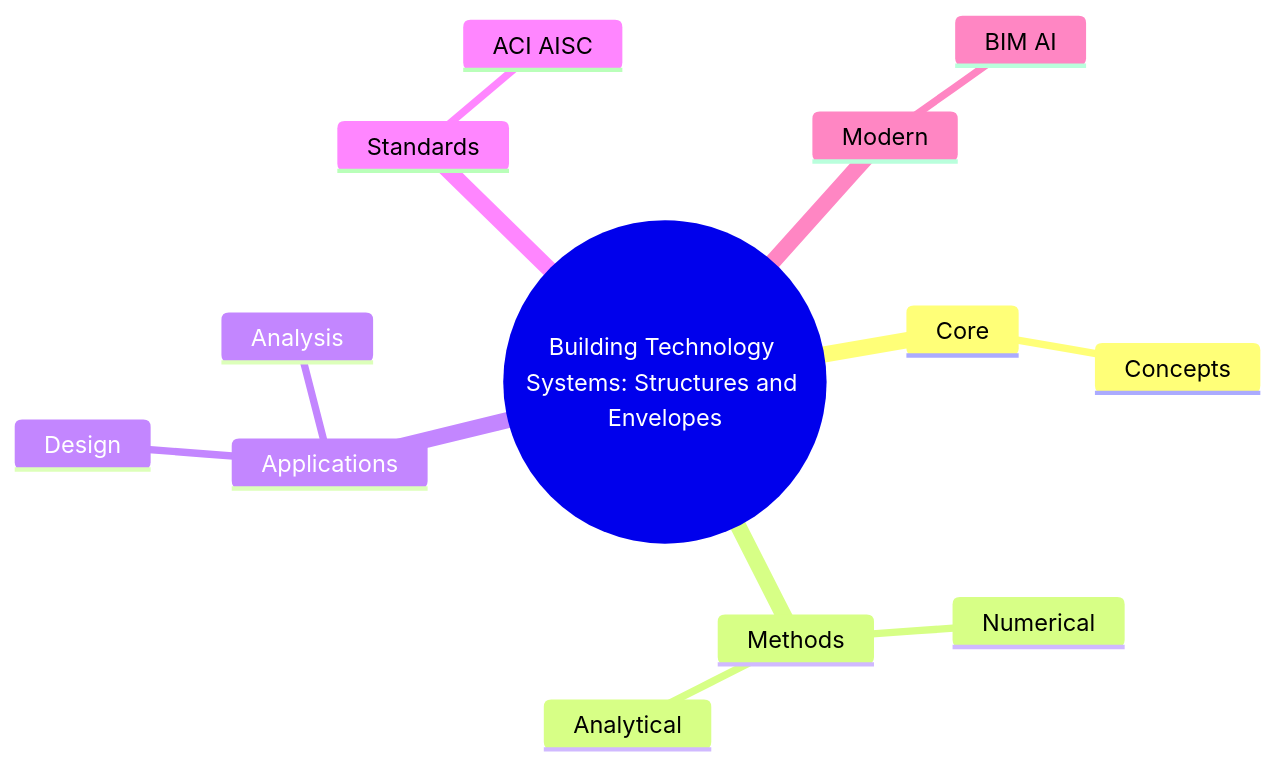
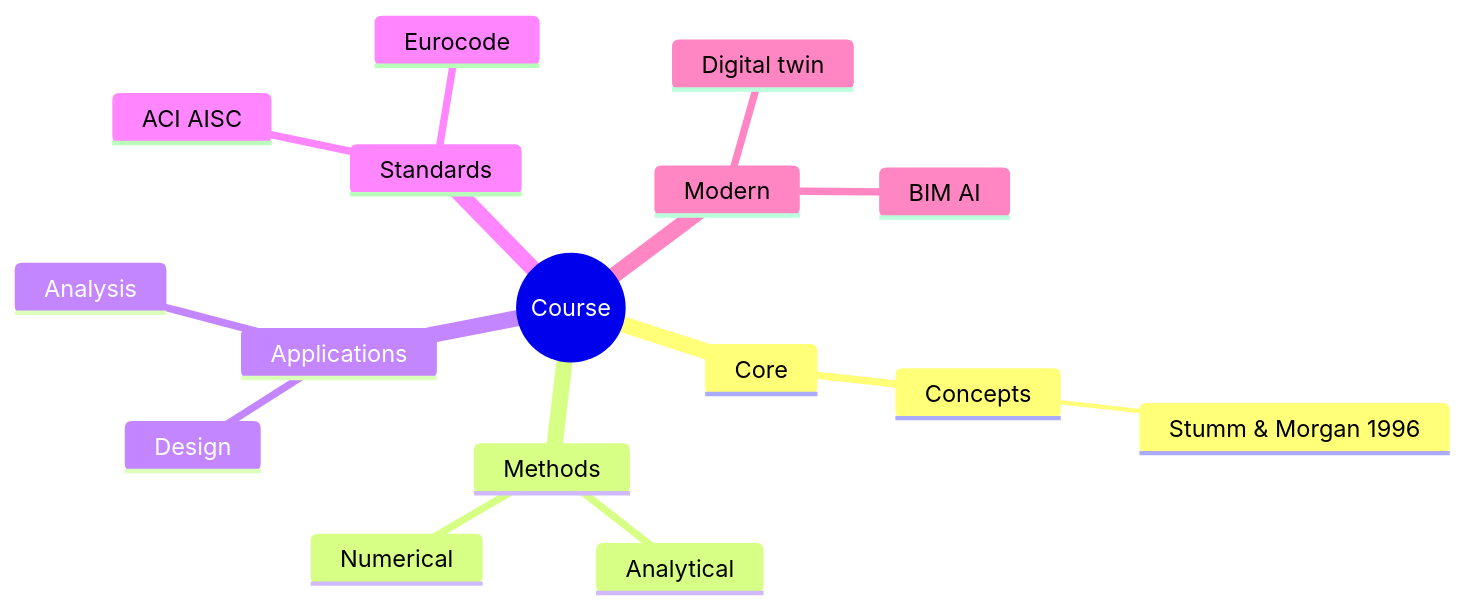
One commit to yip-lgtm/civil-bootcamp changed the second of 6 diagrams in MIT_CEE_MEng_SMD/26_4.463_Building_Technology_Systems.md. Above: the diagram before and after it, drawn with Mermaid. The commit also changed other lines of this file and 56 other files, not shown here.

````diff
--- a/MIT_CEE_MEng_SMD/26_4.463_Building_Technology_Systems.md
+++ b/MIT_CEE_MEng_SMD/26_4.463_Building_Technology_Systems.md
@@ -262,16 +442,19 @@
 ```mermaid
 mindmap
-    root((Building Technology Systems: Structures and Envelopes))
-      Core
-        Concepts
-      Methods
-        Analytical
-        Numerical
-      Applications
-        Design
-        Analysis
-      Standards
-        ACI AISC
-      Modern
-        BIM AI
+  root((Course))
+    Core
+      Concepts
+        Stumm & Morgan 1996
+    Methods
+      Analytical
+      Numerical
+    Applications
+      Design
+      Analysis
+    Standards
+      ACI AISC
+      Eurocode
+    Modern
+      BIM AI
+      Digital twin
 ```
````
